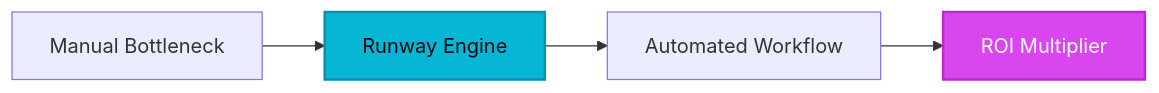
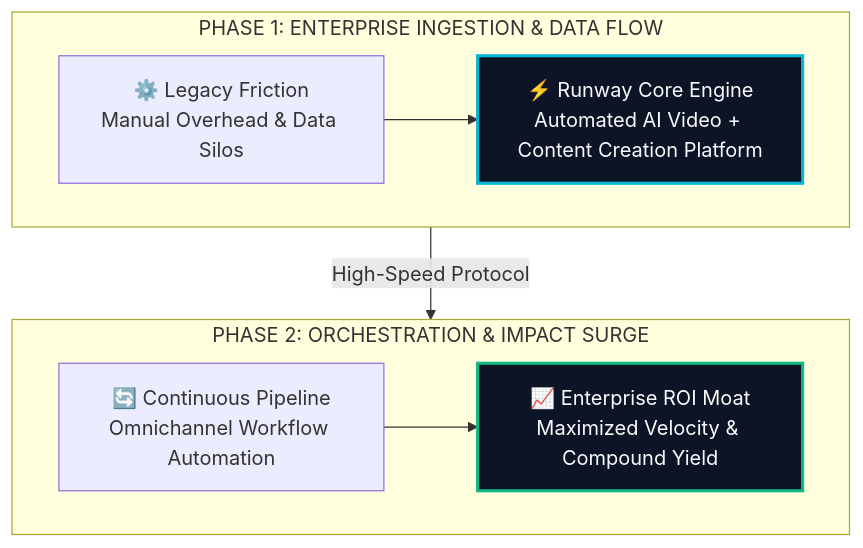
One commit to heliatech-media/saas-radar changed the diagram in site/src/content/blog/runway-evolution-guide-2026.md. Above: the diagram before and after it, drawn with Mermaid. The commit also changed 97 other files, not shown here.

First line of the commit message:
feat(diagrams): upgrade all article architecture schemas to high-impact 2-tier responsive vector blueprints

````diff
--- a/site/src/content/blog/runway-evolution-guide-2026.md
+++ b/site/src/content/blog/runway-evolution-guide-2026.md
@@ -52,8 +52,14 @@
 ```mermaid
-flowchart LR
-    A[Manual Bottleneck] --> B[Runway Engine]
-    B --> C[Automated Workflow]
-    C --> D[ROI Multiplier]
-    style B fill:#06b6d4,stroke:#0891b2,stroke-width:2px,color:#030712
-    style D fill:#d946ef,stroke:#c026d3,stroke-width:2px,color:#ffffff
+flowchart TD
+    subgraph S1["PHASE 1: ENTERPRISE INGESTION & DATA FLOW"]
+        direction LR
+        A["⚙️ Legacy Friction<br/>Manual Overhead & Data Silos"] --> B["⚡ Runway Core Engine<br/>Automated AI Video + Content Creation Platform"]
+    end
+    subgraph S2["PHASE 2: ORCHESTRATION & IMPACT SURGE"]
+        direction LR
+        C["🔄 Continuous Pipeline<br/>Omnichannel Workflow Automation"] --> D["📈 Enterprise ROI Moat<br/>Maximized Velocity & Compound Yield"]
+    end
+    S1 -->|High-Speed Protocol| S2
+    style B fill:#0c1425,stroke:#06b6d4,stroke-width:2.5px,color:#f8fafc
+    style D fill:#0c1425,stroke:#10b981,stroke-width:2.5px,color:#f8fafc
 ```
````
